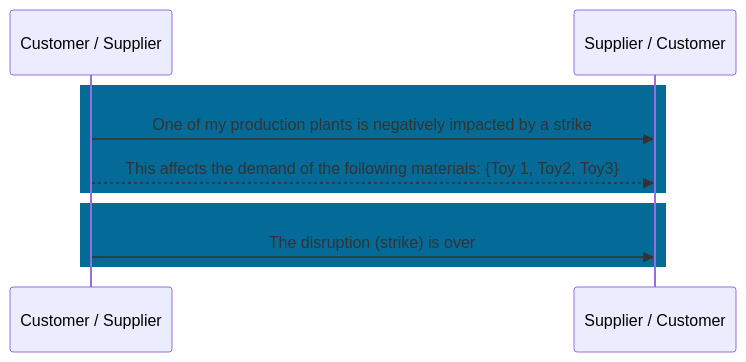
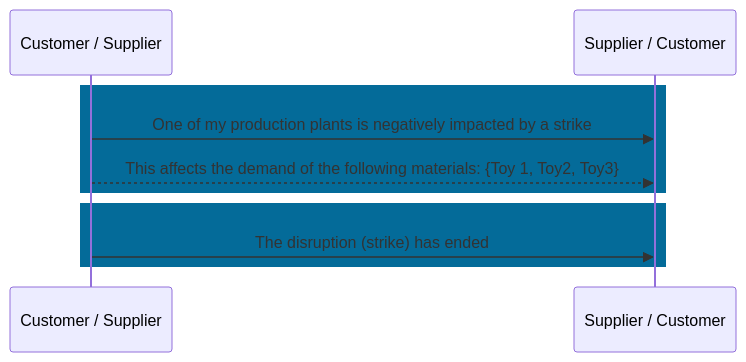
One commit to eclipse-tractusx/eclipse-tractusx.github.io changed the diagram in docs-kits/kits/DCM-Kit/adoption-view/use-case/disruption-notification.md. Above: the diagram before and after it, drawn with Mermaid. The commit also changed other lines of this file and 2 other files, not shown here.

````diff
--- a/docs-kits/kits/DCM-Kit/adoption-view/use-case/disruption-notification.md
+++ b/docs-kits/kits/DCM-Kit/adoption-view/use-case/disruption-notification.md
@@ -29,12 +22,12 @@
 ```mermaid
 sequenceDiagram
 Participant c as Customer / Supplier
 Participant s as Supplier / Customer
 rect rgb(4,107,153) 
 c->>s: One of my production plants is negatively impacted by a strike
 c-->>s: This affects the demand of the following materials: {Toy 1, Toy2, Toy3}
 end
 rect rgb(4,107,153) 
-c->>s: The disruption (strike) is over
+c->>s: The disruption (strike) has ended
 end
 ```
````
